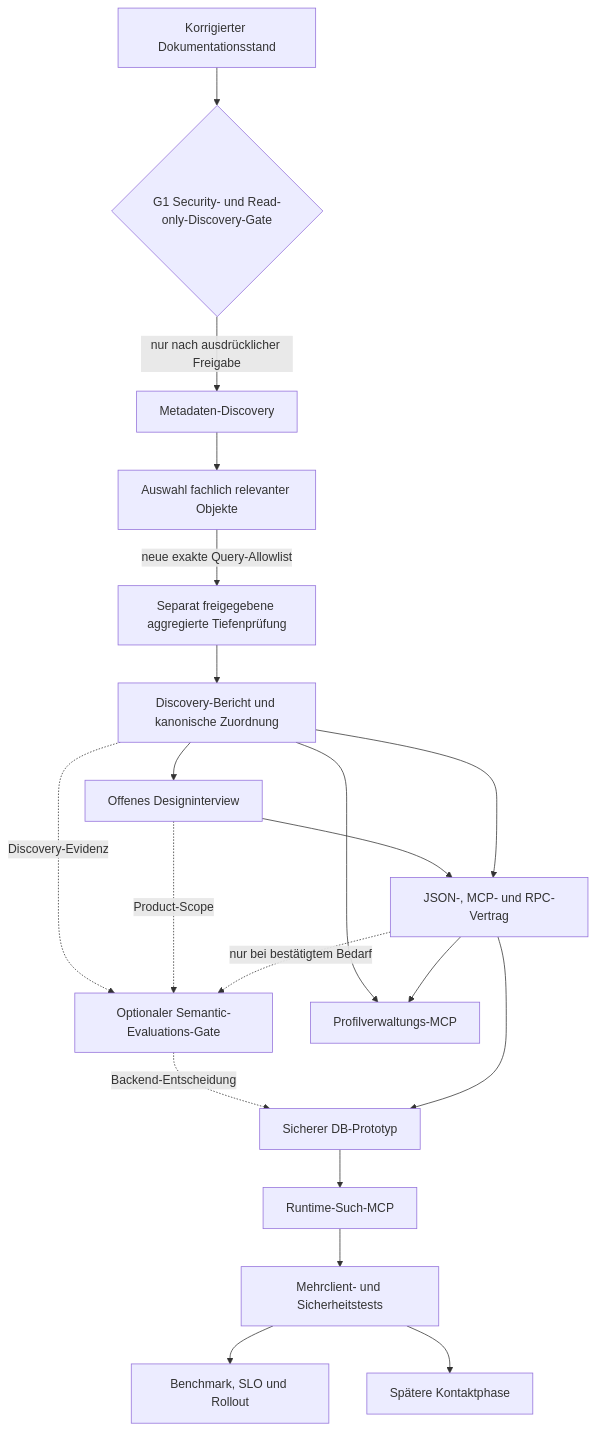
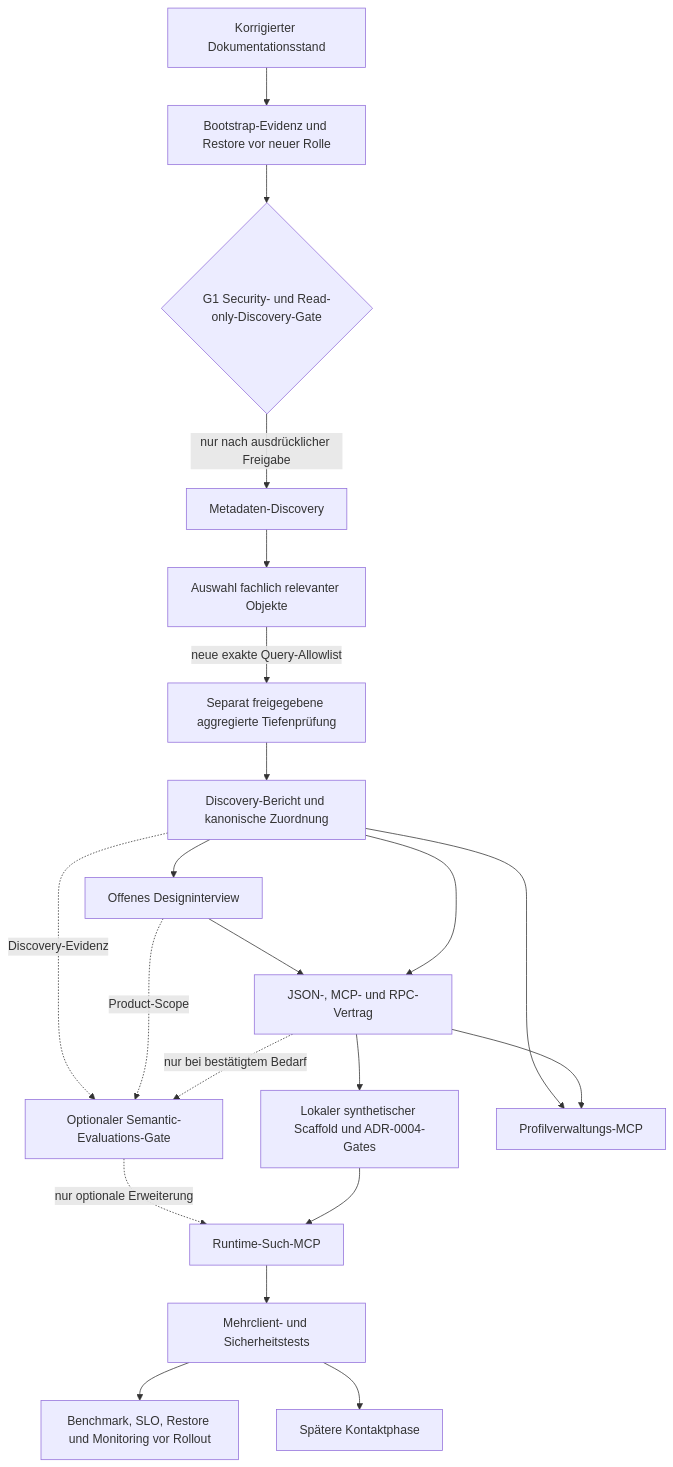
Before and after one commit to dsactivi-2/MCP-JSI-DINO-SUPABASE: the diagram in docs/discovery/project-decision-map.md, drawn with Mermaid. The commit also changed other lines of this file and 49 other files, not shown here.

````diff
--- a/docs/discovery/project-decision-map.md
+++ b/docs/discovery/project-decision-map.md
@@ -22,38 +26,40 @@
 ```mermaid
 flowchart TD
     F0[Korrigierter Dokumentationsstand]
     G1{G1 Security- und Read-only-Discovery-Gate}
     G2[Metadaten-Discovery]
     G3[Auswahl fachlich relevanter Objekte]
     G4[Separat freigegebene aggregierte Tiefenprüfung]
     G5[Discovery-Bericht und kanonische Zuordnung]
     OI[Offenes Designinterview]
     G6[JSON-, MCP- und RPC-Vertrag]
     SE[Optionaler Semantic-Evaluations-Gate]
-    G7[Sicherer DB-Prototyp]
+    G7[Lokaler synthetischer Scaffold und ADR-0004-Gates]
     G8[Runtime-Such-MCP]
     G9[Mehrclient- und Sicherheitstests]
-    G10[Benchmark, SLO und Rollout]
+    G10[Benchmark, SLO, Restore und Monitoring vor Rollout]
     PA[Profilverwaltungs-MCP]
     CA[Spätere Kontaktphase]
 
-    F0 --> G1
+    BO[Bootstrap-Evidenz und Restore vor neuer Rolle]
+    F0 --> BO
+    BO --> G1
     G1 -->|nur nach ausdrücklicher Freigabe| G2
     G2 --> G3
     G3 -->|neue exakte Query-Allowlist| G4
     G4 --> G5
     G5 --> OI
     OI --> G6
     G5 --> G6
     G5 -. Discovery-Evidenz .-> SE
     OI -. Product-Scope .-> SE
     G6 -. nur bei bestätigtem Bedarf .-> SE
-    SE -. Backend-Entscheidung .-> G7
+    SE -. nur optionale Erweiterung .-> G8
     G6 --> G7
     G7 --> G8
     G8 --> G9
     G9 --> G10
     G5 --> PA
     G6 --> PA
     G9 --> CA
 ```
````
